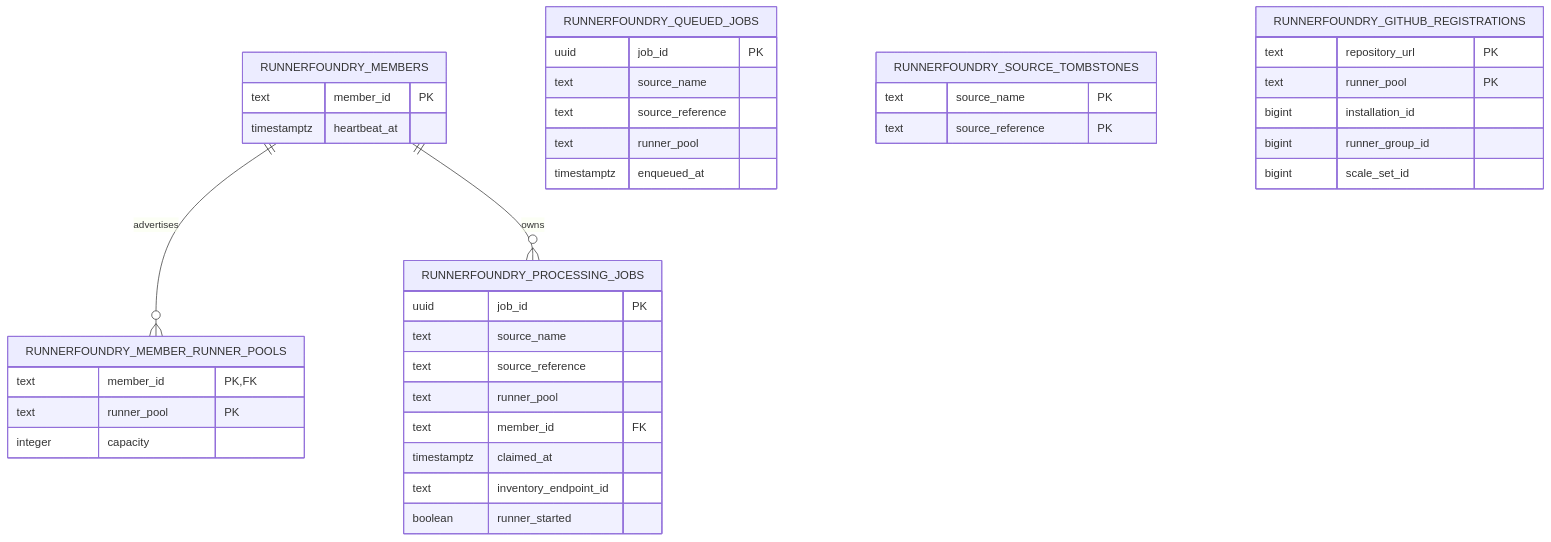
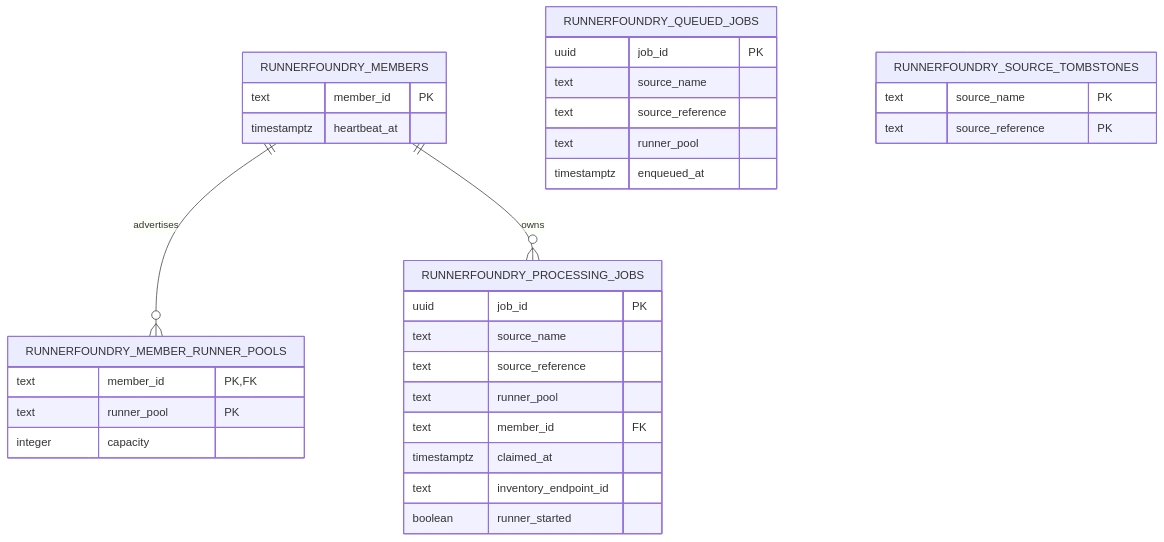
Before and after one commit to stateshifters/runnerfoundry: the first of 2 diagrams in docs/architecture.md, drawn with Mermaid. The commit also changed other lines of this file and 44 other files, not shown here.

````diff
--- a/docs/architecture.md
+++ b/docs/architecture.md
@@ -97,43 +96,36 @@
 ```mermaid
 erDiagram
     RUNNERFOUNDRY_MEMBERS ||--o{ RUNNERFOUNDRY_MEMBER_RUNNER_POOLS : advertises
     RUNNERFOUNDRY_MEMBERS ||--o{ RUNNERFOUNDRY_PROCESSING_JOBS : owns
 
     RUNNERFOUNDRY_MEMBERS {
         text member_id PK
         timestamptz heartbeat_at
     }
     RUNNERFOUNDRY_MEMBER_RUNNER_POOLS {
         text member_id PK,FK
         text runner_pool PK
         integer capacity
     }
     RUNNERFOUNDRY_QUEUED_JOBS {
         uuid job_id PK
         text source_name
         text source_reference
         text runner_pool
         timestamptz enqueued_at
     }
     RUNNERFOUNDRY_PROCESSING_JOBS {
         uuid job_id PK
         text source_name
         text source_reference
         text runner_pool
         text member_id FK
         timestamptz claimed_at
         text inventory_endpoint_id
         boolean runner_started
     }
     RUNNERFOUNDRY_SOURCE_TOMBSTONES {
         text source_name PK
         text source_reference PK
     }
-    RUNNERFOUNDRY_GITHUB_REGISTRATIONS {
-        text repository_url PK
-        text runner_pool PK
-        bigint installation_id
-        bigint runner_group_id
-        bigint scale_set_id
-    }
 ```
````
